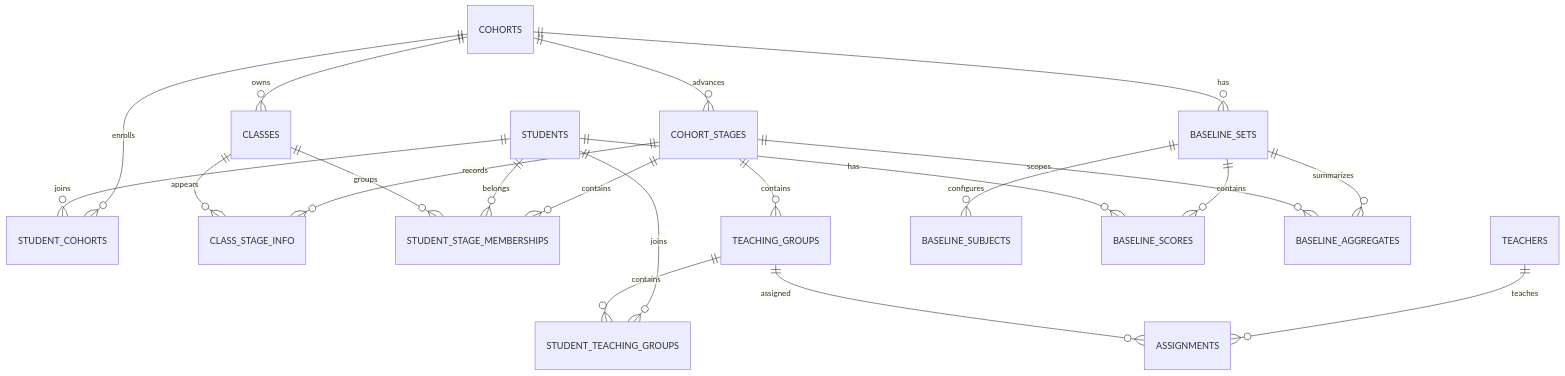
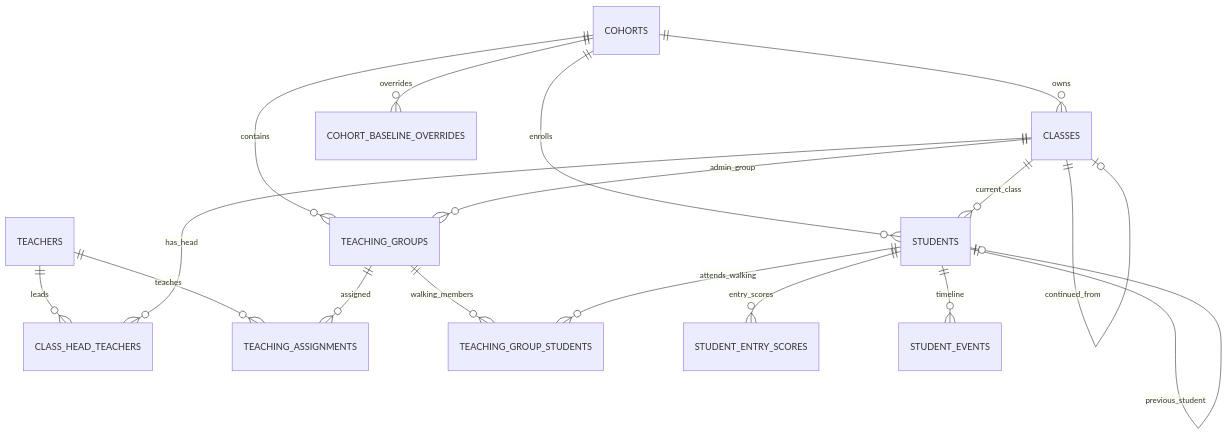
One commit to SivonLi/Tally changed the sixth of 7 diagrams in docs/product-redesign.md. Above: the diagram before and after it, drawn with Mermaid. The commit also changed other lines of this file and 2 other files, not shown here.

First line of the commit message:
docs: 同步 Schema v1 与全校档案界面的设计文档

````diff
--- a/docs/product-redesign.md
+++ b/docs/product-redesign.md
@@ -1483,23 +1484,19 @@
 ```mermaid
 erDiagram
-  COHORTS ||--o{ COHORT_STAGES : advances
   COHORTS ||--o{ CLASSES : owns
-  COHORTS ||--o{ STUDENT_COHORTS : enrolls
-  COHORTS ||--o{ BASELINE_SETS : has
-  COHORT_STAGES ||--o{ CLASS_STAGE_INFO : records
-  CLASSES ||--o{ CLASS_STAGE_INFO : appears
-  COHORT_STAGES ||--o{ STUDENT_STAGE_MEMBERSHIPS : contains
-  STUDENTS ||--o{ STUDENT_COHORTS : joins
-  STUDENTS ||--o{ STUDENT_STAGE_MEMBERSHIPS : belongs
-  CLASSES ||--o{ STUDENT_STAGE_MEMBERSHIPS : groups
-  COHORT_STAGES ||--o{ TEACHING_GROUPS : contains
-  STUDENTS ||--o{ STUDENT_TEACHING_GROUPS : joins
-  TEACHING_GROUPS ||--o{ STUDENT_TEACHING_GROUPS : contains
-  TEACHERS ||--o{ ASSIGNMENTS : teaches
-  TEACHING_GROUPS ||--o{ ASSIGNMENTS : assigned
-  BASELINE_SETS ||--o{ BASELINE_SUBJECTS : configures
-  BASELINE_SETS ||--o{ BASELINE_SCORES : contains
-  STUDENTS ||--o{ BASELINE_SCORES : has
-  BASELINE_SETS ||--o{ BASELINE_AGGREGATES : summarizes
-  COHORT_STAGES ||--o{ BASELINE_AGGREGATES : scopes
+  CLASSES ||--o| CLASSES : continued_from
+  TEACHERS ||--o{ CLASS_HEAD_TEACHERS : leads
+  CLASSES ||--o{ CLASS_HEAD_TEACHERS : has_head
+  COHORTS ||--o{ TEACHING_GROUPS : contains
+  CLASSES ||--o{ TEACHING_GROUPS : admin_group
+  TEACHERS ||--o{ TEACHING_ASSIGNMENTS : teaches
+  TEACHING_GROUPS ||--o{ TEACHING_ASSIGNMENTS : assigned
+  COHORTS ||--o{ STUDENTS : enrolls
+  CLASSES ||--o{ STUDENTS : current_class
+  STUDENTS ||--o| STUDENTS : previous_student
+  TEACHING_GROUPS ||--o{ TEACHING_GROUP_STUDENTS : walking_members
+  STUDENTS ||--o{ TEACHING_GROUP_STUDENTS : attends_walking
+  STUDENTS ||--o{ STUDENT_ENTRY_SCORES : entry_scores
+  COHORTS ||--o{ COHORT_BASELINE_OVERRIDES : overrides
+  STUDENTS ||--o{ STUDENT_EVENTS : timeline
 ```
````
